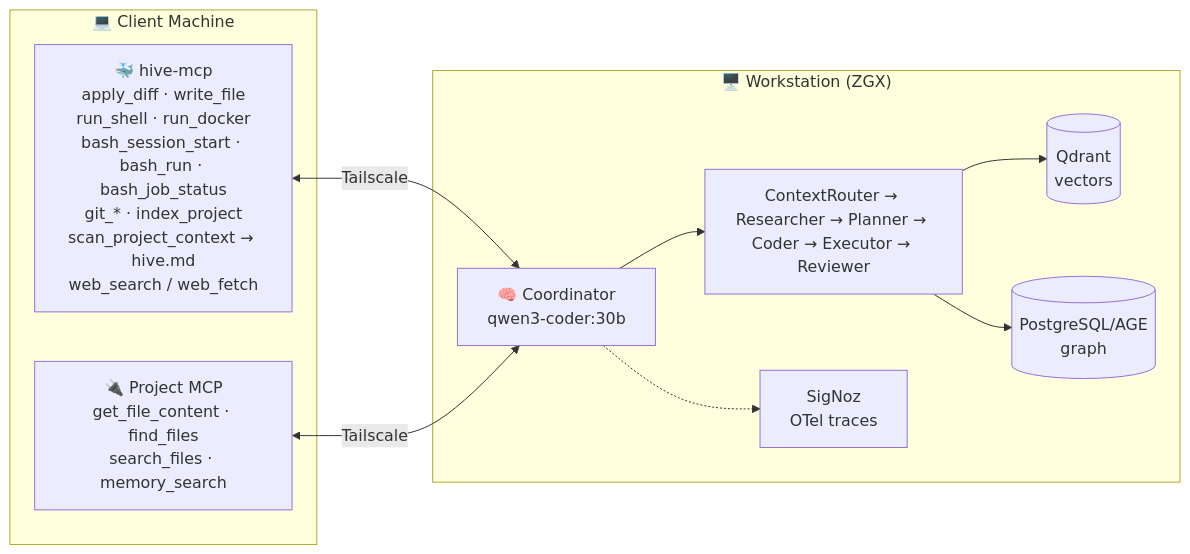
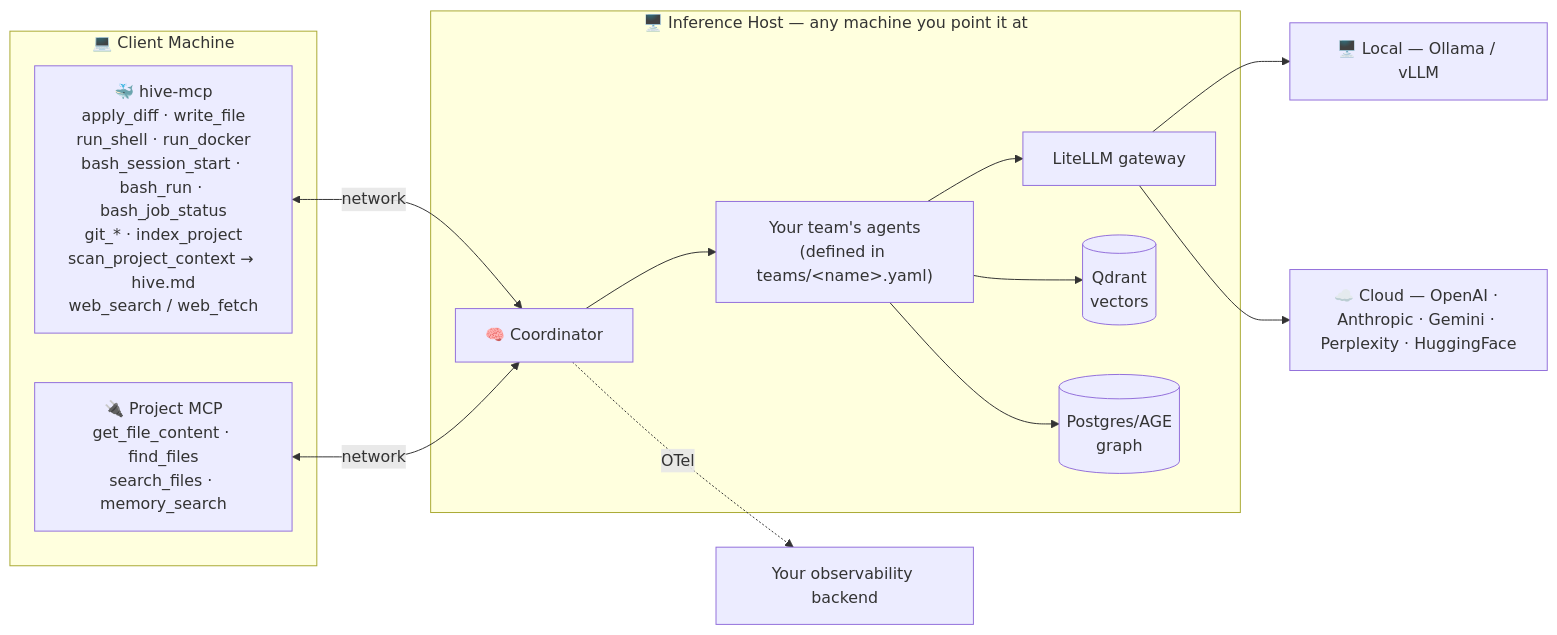
The diagram in README.md (abehera1992/agno-hive), drawn with Mermaid before and after one commit. The commit also changed other lines of this file, not shown here.

````diff
--- a/README.md
+++ b/README.md
@@ -33,22 +33,29 @@
 ```mermaid
 flowchart LR
     subgraph Client["💻 Client Machine"]
         HM["🐳 hive-mcp<br/>apply_diff · write_file<br/>run_shell · run_docker<br/>bash_session_start · bash_run · bash_job_status<br/>git_* · index_project<br/>scan_project_context → hive.md<br/>web_search / web_fetch"]
         PM["🔌 Project MCP<br/>get_file_content · find_files<br/>search_files · memory_search"]
     end
 
-    subgraph ZGX["🖥️ Workstation (ZGX)"]
-        COORD["🧠 Coordinator<br/>qwen3-coder:30b"]
-        PIPE["ContextRouter → Researcher → Planner → Coder → Executor → Reviewer"]
+    subgraph Host["🖥️ Inference Host — any machine you point it at"]
+        COORD["🧠 Coordinator"]
+        PIPE["Your team's agents<br/>(defined in teams/&lt;name&gt;.yaml)"]
+        LLM["LiteLLM gateway"]
         QD[("Qdrant<br/>vectors")]
-        PG[("PostgreSQL/AGE<br/>graph")]
-        SZ["SigNoz<br/>OTel traces"]
+        PG[("Postgres/AGE<br/>graph")]
     end
 
-    HM <-->|Tailscale| COORD
-    PM <-->|Tailscale| COORD
+    LOCAL["🖥️ Local — Ollama / vLLM"]
+    CLOUD["☁️ Cloud — OpenAI · Anthropic · Gemini · Perplexity · HuggingFace"]
+    OBS["Your observability backend"]
+
+    HM <-->|network| COORD
+    PM <-->|network| COORD
     COORD --> PIPE
+    PIPE --> LLM
+    LLM --> LOCAL
+    LLM --> CLOUD
     PIPE --> QD
     PIPE --> PG
-    COORD -.-> SZ
+    COORD -.->|OTel| OBS
 ```
````
